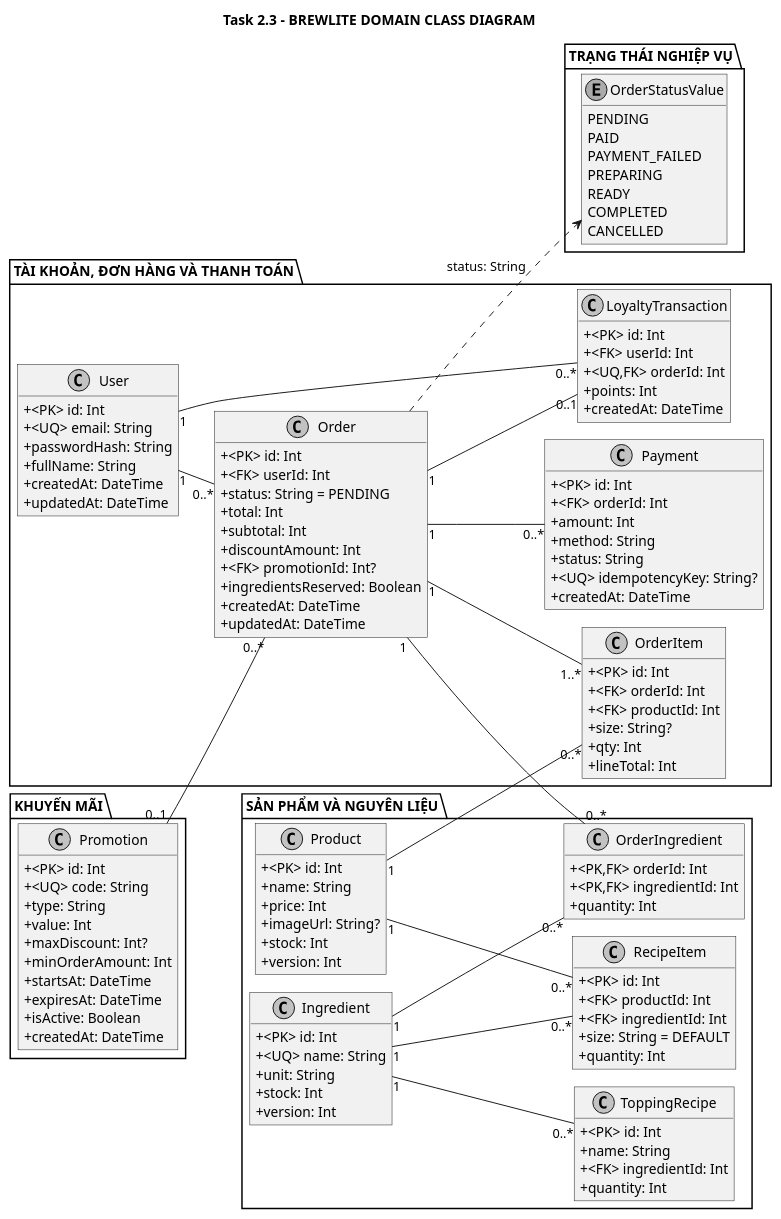
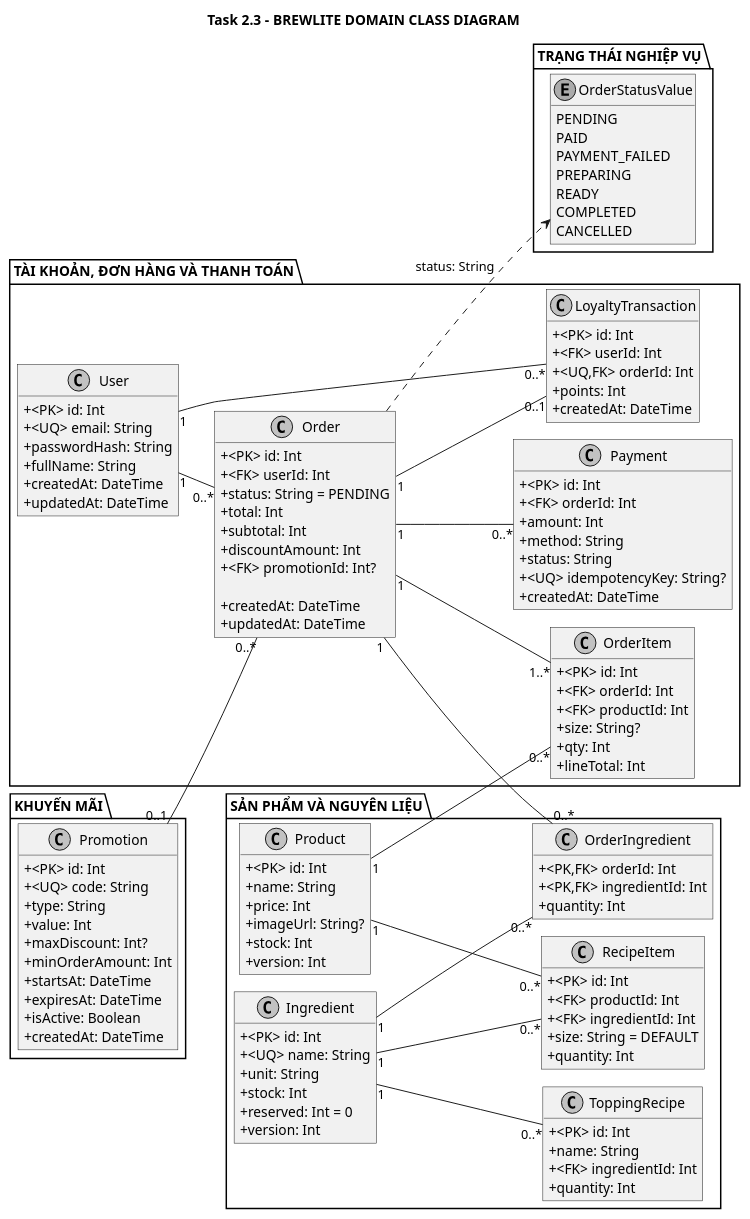
Before and after one commit to leduc16102006-jpg/assiment2: the diagram in docs/diagrams/class-domain.puml, drawn with PlantUML. The commit also changed 1 other file, not shown here.

Commit message:
fix(diagrams): align Ingredient.reserved attribute with sequence diagram

```diff
--- a/docs/diagrams/class-domain.puml
+++ b/docs/diagrams/class-domain.puml
@@ -1,151 +1,152 @@
 @startuml
 !pragma layout smetana
 left to right direction
 skinparam monochrome true
 skinparam shadowing false
 skinparam backgroundColor white
 skinparam classAttributeIconSize 0
 skinparam roundcorner 0
 skinparam linetype polyline
 skinparam defaultFontName Arial
 skinparam nodesep 40
 skinparam ranksep 60
 hide empty methods
 title Task 2.3 - BREWLITE DOMAIN CLASS DIAGRAM
 
 package "TÀI KHOẢN, ĐƠN HÀNG VÀ THANH TOÁN" {
   class User {
     + <PK> id: Int
     + <UQ> email: String
     + passwordHash: String
     + fullName: String
     + createdAt: DateTime
     + updatedAt: DateTime
   }
 
   class Order {
     + <PK> id: Int
     + <FK> userId: Int
     + status: String = PENDING
     + total: Int
     + subtotal: Int
     + discountAmount: Int
     + <FK> promotionId: Int?
-    + ingredientsReserved: Boolean
+    
     + createdAt: DateTime
     + updatedAt: DateTime
   }
 
   class OrderItem {
     + <PK> id: Int
     + <FK> orderId: Int
     + <FK> productId: Int
     + size: String?
     + qty: Int
     + lineTotal: Int
   }
 
   class Payment {
     + <PK> id: Int
     + <FK> orderId: Int
     + amount: Int
     + method: String
     + status: String
     + <UQ> idempotencyKey: String?
     + createdAt: DateTime
   }
 
   class LoyaltyTransaction {
     + <PK> id: Int
     + <FK> userId: Int
     + <UQ,FK> orderId: Int
     + points: Int
     + createdAt: DateTime
   }
 
 }
 
 package "SẢN PHẨM VÀ NGUYÊN LIỆU" {
   class Product {
     + <PK> id: Int
     + name: String
     + price: Int
     + imageUrl: String?
     + stock: Int
     + version: Int
   }
 
   class Ingredient {
     + <PK> id: Int
     + <UQ> name: String
     + unit: String
     + stock: Int
+    + reserved: Int = 0
     + version: Int
   }
 
   class RecipeItem {
     + <PK> id: Int
     + <FK> productId: Int
     + <FK> ingredientId: Int
     + size: String = DEFAULT
     + quantity: Int
   }
 
   class ToppingRecipe {
     + <PK> id: Int
     + name: String
     + <FK> ingredientId: Int
     + quantity: Int
   }
 
   class OrderIngredient {
     + <PK,FK> orderId: Int
     + <PK,FK> ingredientId: Int
     + quantity: Int
   }
 
 }
 
 package "KHUYẾN MÃI" {
   class Promotion {
     + <PK> id: Int
     + <UQ> code: String
     + type: String
     + value: Int
     + maxDiscount: Int?
     + minOrderAmount: Int
     + startsAt: DateTime
     + expiresAt: DateTime
     + isActive: Boolean
     + createdAt: DateTime
   }
 
 }
 
 package "TRẠNG THÁI NGHIỆP VỤ" {
  enum OrderStatusValue {
    PENDING
    PAID
    PAYMENT_FAILED
    PREPARING
    READY
    COMPLETED
    CANCELLED
  }
 }
 Order ..> OrderStatusValue : "status: String"
 
 User "1" -- "0..*" Order
 User "1" -- "0..*" LoyaltyTransaction
 Order "1" -- "1..*" OrderItem
 Order "1" -- "0..*" Payment
 Product "1" -- "0..*" OrderItem
 Promotion "0..1" -- "0..*" Order
 Order "1" -- "0..1" LoyaltyTransaction
 Product "1" -- "0..*" RecipeItem
 Ingredient "1" -- "0..*" RecipeItem
 Ingredient "1" -- "0..*" ToppingRecipe
 Order "1" -- "0..*" OrderIngredient
 Ingredient "1" -- "0..*" OrderIngredient
 
 @enduml
```
